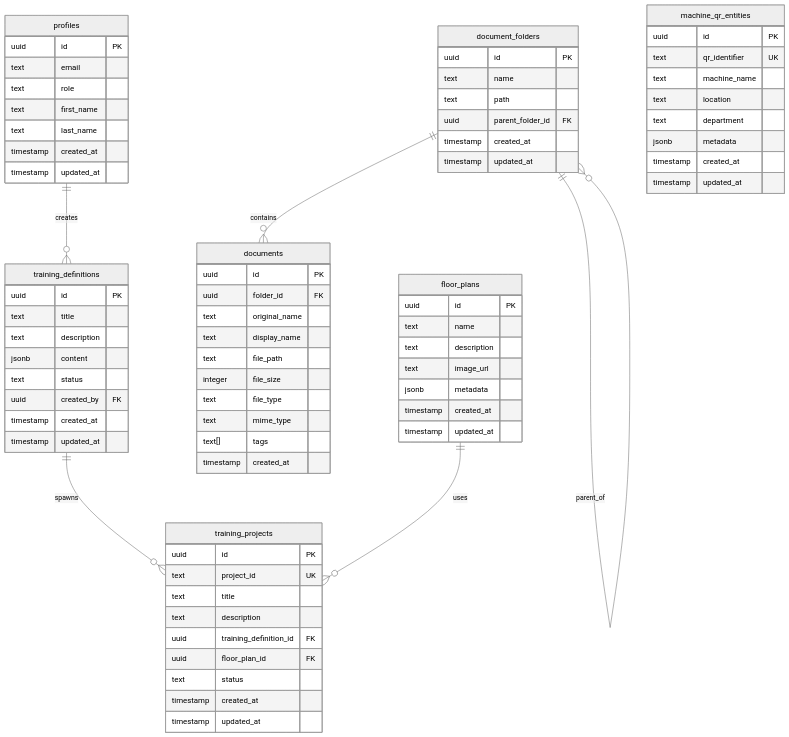
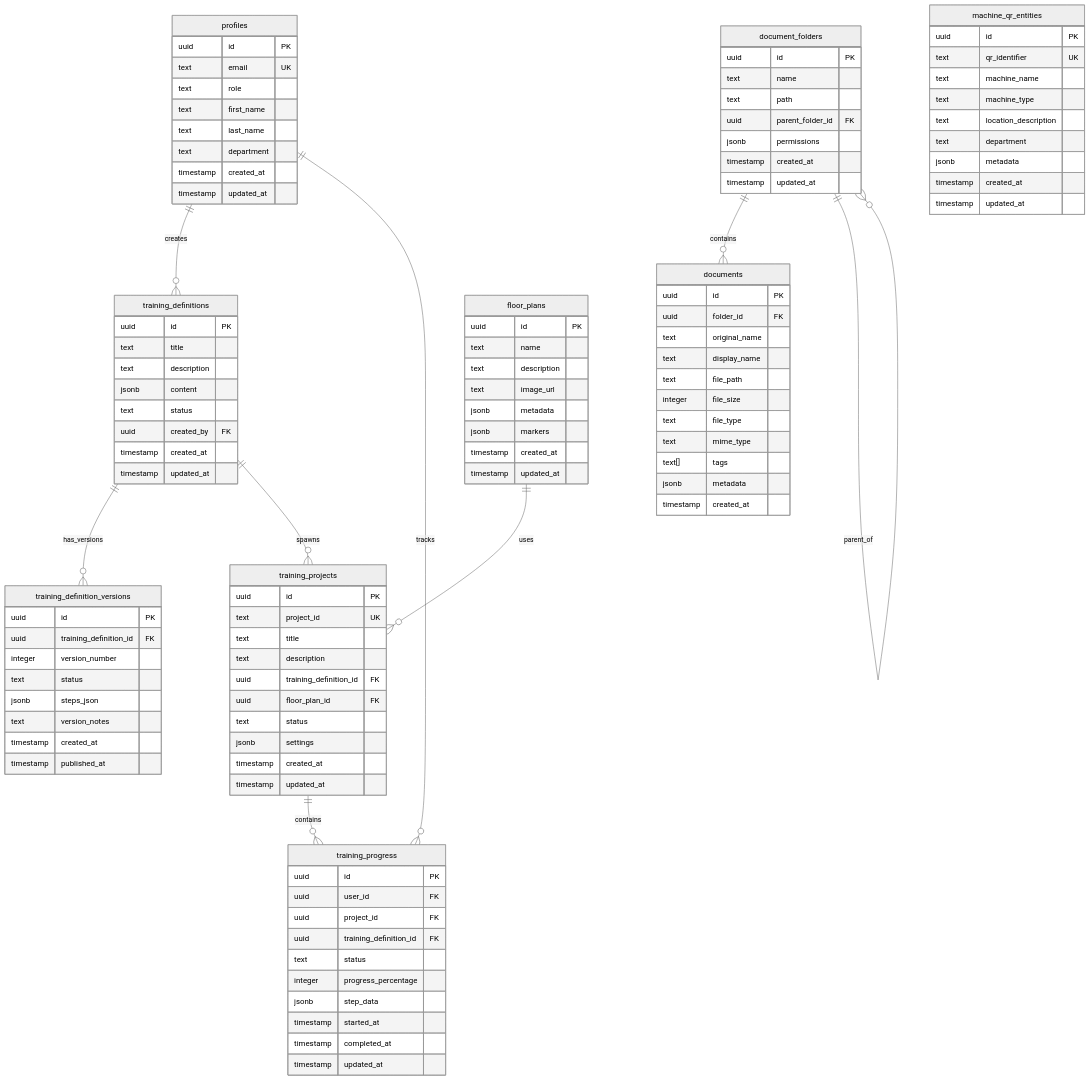
Before and after one commit to opprfloris/oppr-training-nexus: the eighth of 10 diagrams in TECHNICAL_DOCUMENTATION.md, drawn with Mermaid (neutral theme). The commit also changed other lines of this file, not shown here.

````diff
--- a/TECHNICAL_DOCUMENTATION.md
+++ b/TECHNICAL_DOCUMENTATION.md
@@ -267,10 +348,11 @@
 erDiagram
     profiles {
         uuid id PK
-        text email
+        text email UK
         text role
         text first_name
         text last_name
+        text department
         timestamp created_at
         timestamp updated_at
     }
@@ -286,6 +368,17 @@
         timestamp updated_at
     }
     
+    training_definition_versions {
+        uuid id PK
+        uuid training_definition_id FK
+        integer version_number
+        text status
+        jsonb steps_json
+        text version_notes
+        timestamp created_at
+        timestamp published_at
+    }
+    
     training_projects {
         uuid id PK
         text project_id UK
@@ -294,6 +387,7 @@
         uuid training_definition_id FK
         uuid floor_plan_id FK
         text status
+        jsonb settings
         timestamp created_at
         timestamp updated_at
     }
@@ -303,6 +397,7 @@
         text name
         text path
         uuid parent_folder_id FK
+        jsonb permissions
         timestamp created_at
         timestamp updated_at
     }
@@ -317,6 +412,7 @@
         text file_type
         text mime_type
         text[] tags
+        jsonb metadata
         timestamp created_at
     }
     
@@ -324,7 +420,8 @@
         uuid id PK
         text qr_identifier UK
         text machine_name
-        text location
+        text machine_type
+        text location_description
         text department
         jsonb metadata
         timestamp created_at
@@ -337,13 +434,30 @@
         text description
         text image_url
         jsonb metadata
+        jsonb markers
         timestamp created_at
         timestamp updated_at
     }
     
+    training_progress {
+        uuid id PK
+        uuid user_id FK
+        uuid project_id FK
+        uuid training_definition_id FK
+        text status
+        integer progress_percentage
+        jsonb step_data
+        timestamp started_at
+        timestamp completed_at
+        timestamp updated_at
+    }
+    
     profiles ||--o{ training_definitions : creates
+    training_definitions ||--o{ training_definition_versions : has_versions
     training_definitions ||--o{ training_projects : spawns
     floor_plans ||--o{ training_projects : uses
     document_folders ||--o{ documents : contains
     document_folders ||--o{ document_folders : parent_of
+    profiles ||--o{ training_progress : tracks
+    training_projects ||--o{ training_progress : contains
 ```
````
